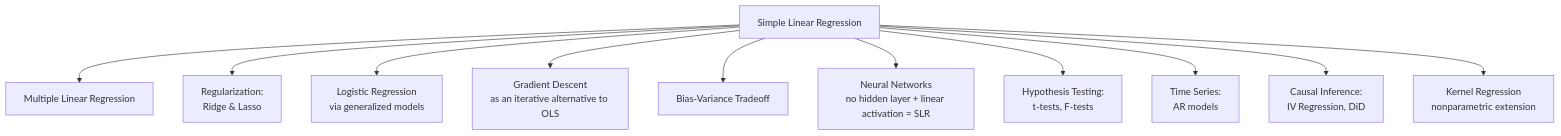
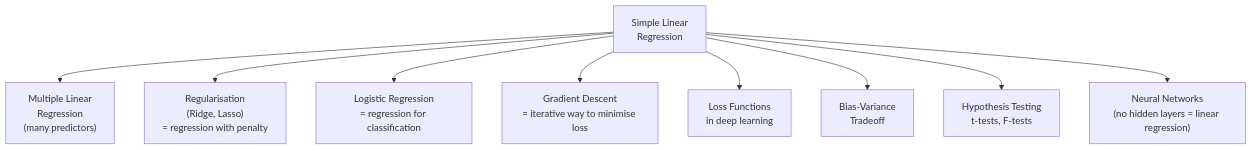
Before and after one commit to Alok8138/Machine-Learning: the fourth of 4 diagrams in supervised_ML/01_Linear_Regression/01_Simple_Linear_Regression.md, drawn with Mermaid. The commit also changed other lines of this file, not shown here.

````diff
--- a/supervised_ML/01_Linear_Regression/01_Simple_Linear_Regression.md
+++ b/supervised_ML/01_Linear_Regression/01_Simple_Linear_Regression.md
@@ -924,13 +912,11 @@
 ```mermaid
 flowchart TD
-    SLR[Simple Linear Regression] --> A[Multiple Linear Regression]
-    SLR --> B[Regularization:\nRidge & Lasso]
-    SLR --> C[Logistic Regression\nvia generalized models]
-    SLR --> D[Gradient Descent\nas an iterative alternative to OLS]
-    SLR --> E[Bias-Variance Tradeoff]
-    SLR --> F[Neural Networks\nno hidden layer + linear activation = SLR]
-    SLR --> G[Hypothesis Testing:\nt-tests, F-tests]
-    SLR --> H[Time Series:\nAR models]
-    SLR --> I[Causal Inference:\nIV Regression, DiD]
-    SLR --> J[Kernel Regression\nnonparametric extension]
+    SLR["Simple Linear\nRegression"] --> A["Multiple Linear\nRegression\n(many predictors)"]
+    SLR --> B["Regularisation\n(Ridge, Lasso)\n= regression with penalty"]
+    SLR --> C["Logistic Regression\n= regression for classification"]
+    SLR --> D["Gradient Descent\n= iterative way to minimise loss"]
+    SLR --> E["Loss Functions\nin deep learning"]
+    SLR --> F["Bias-Variance\nTradeoff"]
+    SLR --> G["Hypothesis Testing\nt-tests, F-tests"]
+    SLR --> H["Neural Networks\n(no hidden layers = linear regression)"]
 ```
````
